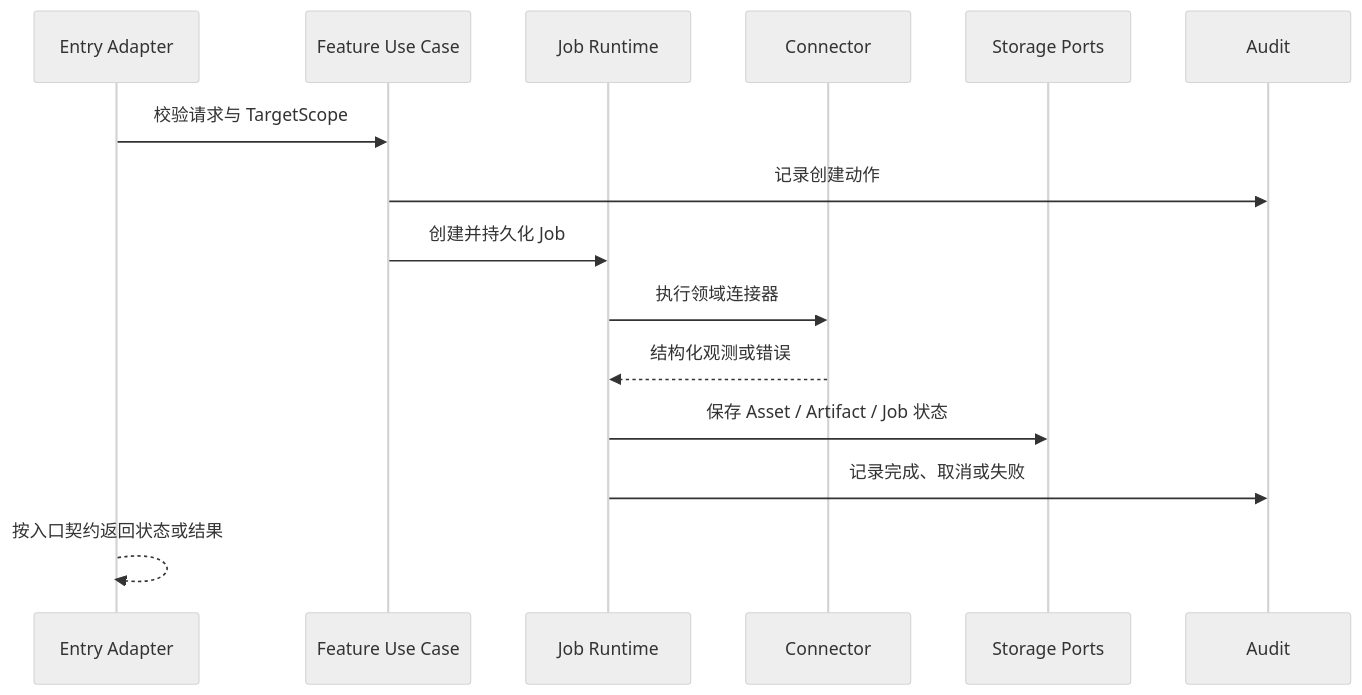
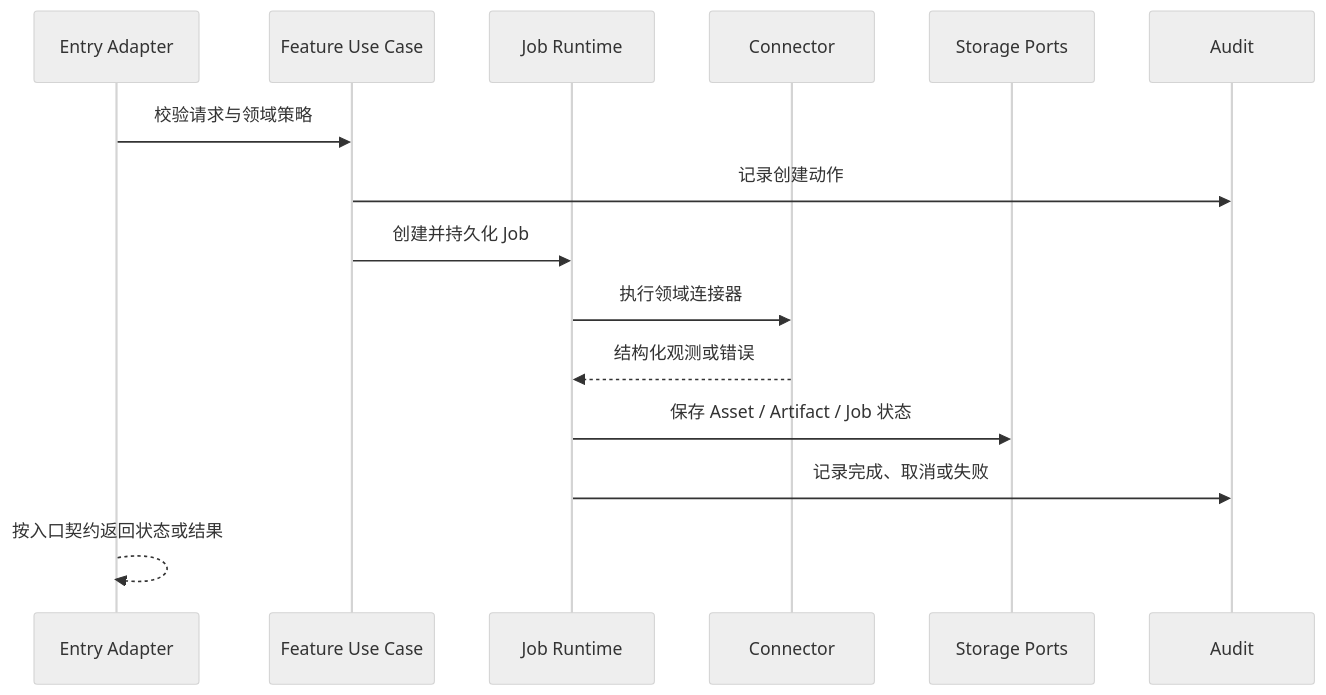
The second of 2 diagrams in docs/architecture/overview.md (only9464/Wailf), drawn with Mermaid (neutral theme) before and after one commit. The commit also changed other lines of this file and 43 other files, not shown here.

````diff
--- a/docs/architecture/overview.md
+++ b/docs/architecture/overview.md
@@ -101,18 +100,18 @@
 ```mermaid
 sequenceDiagram
     participant E as Entry Adapter
     participant U as Feature Use Case
     participant J as Job Runtime
     participant C as Connector
     participant S as Storage Ports
     participant A as Audit
 
-    E->>U: 校验请求与 TargetScope
+    E->>U: 校验请求与领域策略
     U->>A: 记录创建动作
     U->>J: 创建并持久化 Job
     J->>C: 执行领域连接器
     C-->>J: 结构化观测或错误
     J->>S: 保存 Asset / Artifact / Job 状态
     J->>A: 记录完成、取消或失败
     E-->>E: 按入口契约返回状态或结果
 ```
````
